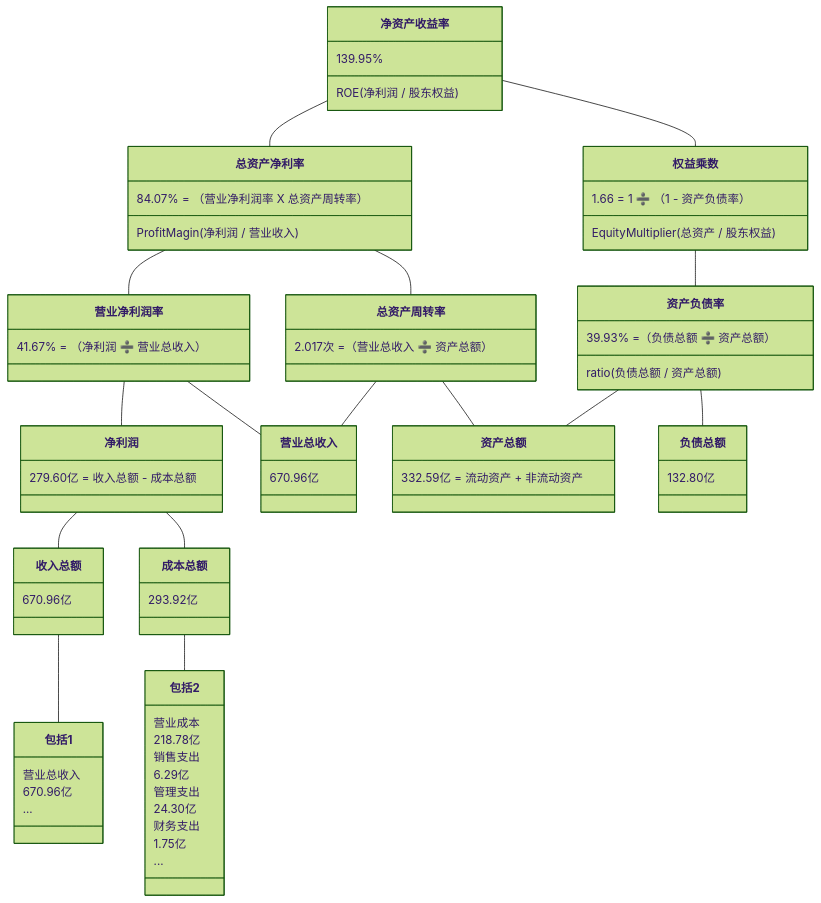
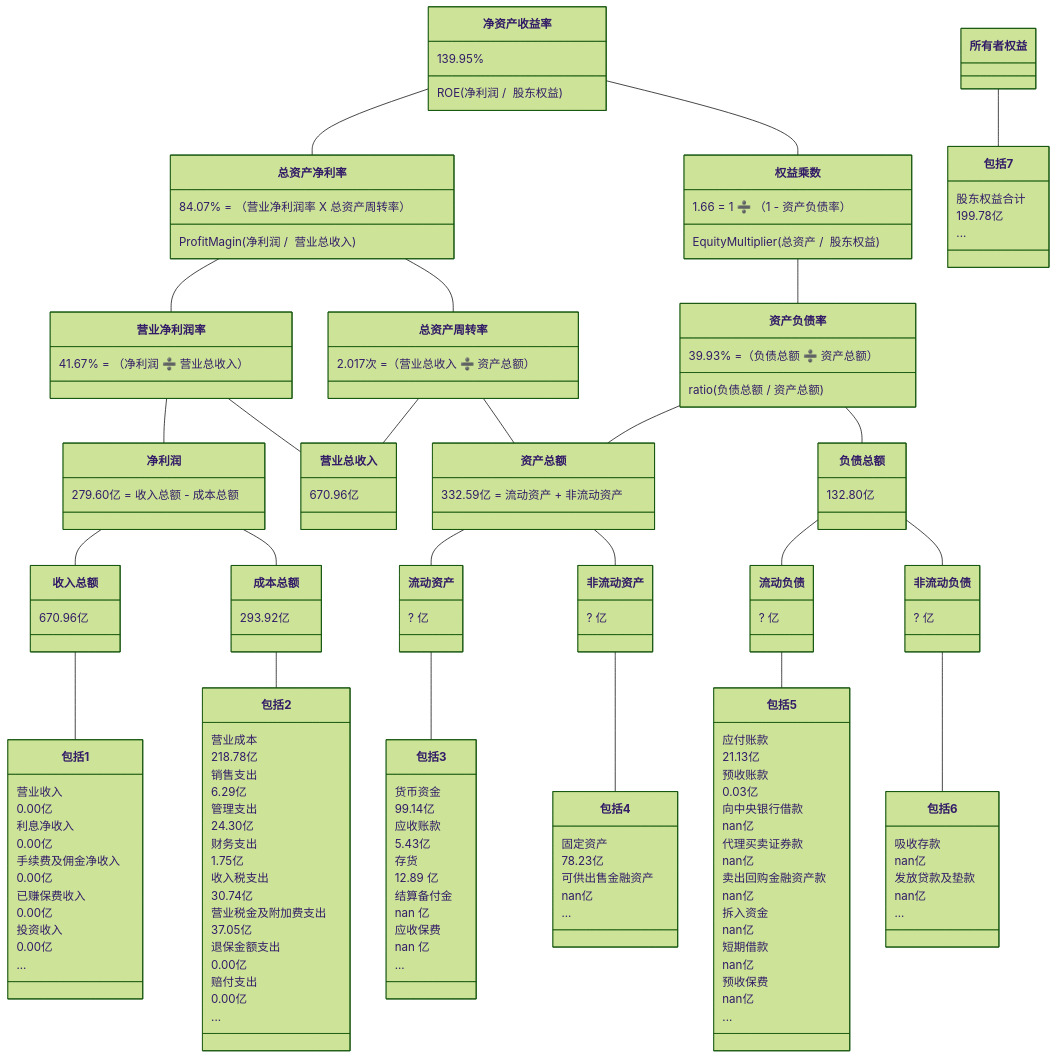
One commit to TheVeryDarkness/cs410 changed the fifth of 10 diagrams in 2/2.md. Above: the diagram before and after it, drawn with Mermaid (forest theme). The commit also changed other lines of this file and 101 other files, not shown here.

````diff
--- a/2/2.md
+++ b/2/2.md
@@ -224,51 +500,121 @@
 ```mermaid
 classDiagram
 净资产收益率 -- 总资产净利率
-	净资产收益率 : 139.95%
-	净资产收益率 : ROE(净利润 /  股东权益)
-	总资产净利率 : 84.07% = （营业净利润率 X 总资产周转率）
-	总资产净利率 : ProfitMagin(净利润 /  营业收入)
+    净资产收益率 : 139.95%
+    净资产收益率 : ROE(净利润 /  股东权益)
+    总资产净利率 : 84.07% = （营业净利润率 X 总资产周转率）
+    总资产净利率 : ProfitMagin(净利润 /  营业总收入)
 净资产收益率 -- 权益乘数
-	权益乘数 : 1.66 = 1 ➗ （1 - 资产负债率）
-	权益乘数 : EquityMultiplier(总资产 /  股东权益)
-	
+    权益乘数 : 1.66 = 1 ➗ （1 - 资产负债率）
+    权益乘数 : EquityMultiplier(总资产 /  股东权益)
+    
 总资产净利率 -- 营业净利润率
-	营业净利润率 : 41.67% = （净利润 ➗ 营业总收入）
+    营业净利润率 : 41.67% = （净利润 ➗ 营业总收入）
 总资产净利率 -- 总资产周转率
-	总资产周转率 : 2.017次 =（营业总收入 ➗ 资产总额）
+    总资产周转率 : 2.017次 =（营业总收入 ➗ 资产总额）
 权益乘数 -- 资产负债率
-	资产负债率  : 39.93% =（负债总额 ➗ 资产总额）
-	资产负债率  : ratio(负债总额 / 资产总额)
+    资产负债率  : 39.93% =（负债总额 ➗ 资产总额）
+    资产负债率  : ratio(负债总额 / 资产总额)
 
 营业净利润率 -- 净利润
-	净利润 : 279.60亿 = 收入总额 - 成本总额
+    净利润 : 279.60亿 = 收入总额 - 成本总额
 营业净利润率 -- 营业总收入
-	营业总收入 : 670.96亿
+    营业总收入 : 670.96亿
 总资产周转率 -- 营业总收入
 总资产周转率 -- 资产总额
-	资产总额 : 332.59亿 = 流动资产 + 非流动资产
+    资产总额 : 332.59亿 = 流动资产 + 非流动资产
 资产负债率 -- 　负债总额
-	负债总额 : 132.80亿
+    负债总额 : 132.80亿
 资产负债率 -- 　资产总额
 
 
 净利润 -- 收入总额
-	收入总额 : 670.96亿
+    收入总额 : 670.96亿
 净利润 -- 成本总额
-	成本总额 : 293.92亿
+    成本总额 : 293.92亿
+资产总额 -- 流动资产
+	流动资产 : ? 亿
+资产总额 -- 非流动资产
+	非流动资产 : ? 亿
+负债总额 -- 流动负债
+	流动负债 : ? 亿
+负债总额 -- 非流动负债
+	非流动负债 : ? 亿
 
 收入总额 -- 包括1
-	包括1 : 营业总收入
-	包括1 : 670.96亿
-	包括1 : ...
+    包括1 : 营业收入
+    包括1 : 0.00亿
+    包括1 : 利息净收入
+    包括1 : 0.00亿
+    包括1 : 手续费及佣金净收入
+    包括1 : 0.00亿
+    包括1 : 已赚保费收入
+    包括1 : 0.00亿
+    包括1 : 投资收入
+    包括1 : 0.00亿
+    包括1 : ...
 成本总额 -- 包括2
-	包括2 : 营业成本
-	包括2 : 218.78亿
-	包括2 : 销售支出
-	包括2 : 6.29亿
-	包括2 : 管理支出
-	包括2 : 24.30亿
-	包括2 : 财务支出
-	包括2 : 1.75亿
-	包括2 : ...
+    包括2 : 营业成本
+    包括2 : 218.78亿
+    包括2 : 销售支出
+    包括2 : 6.29亿
+    包括2 : 管理支出
+    包括2 : 24.30亿
+    包括2 : 财务支出
+    包括2 : 1.75亿
+    包括2 : 收入税支出
+    包括2 : 30.74亿
+    包括2 : 营业税金及附加费支出
+    包括2 : 37.05亿
+    包括2 : 退保金额支出
+    包括2 : 0.00亿
+    包括2 : 赔付支出
+    包括2 : 0.00亿
+    包括2 : ...
+流动资产 -- 包括3
+    包括3 : 货币资金
+    包括3 : 99.14亿
+    包括3 : 应收账款
+    包括3 : 5.43亿
+    包括3 : 存货
+    包括3 : 12.89 亿
+    包括3 : 结算备付金
+    包括3 : nan 亿
+    包括3 : 应收保费
+    包括3 : nan 亿
+    包括3 : ...
+非流动资产 -- 包括4
+    包括4 : 固定资产
+    包括4 : 78.23亿
+    包括4 : 可供出售金融资产
+    包括4 : nan亿
+    包括4 : ...
+流动负债 -- 包括5
+    包括5 : 应付账款
+    包括5 : 21.13亿
+    包括5 : 预收账款
+    包括5 : 0.03亿
+    包括5 : 向中央银行借款
+    包括5 : nan亿
+    包括5 : 代理买卖证券款
+    包括5 : nan亿
+    包括5 : 卖出回购金融资产款
+    包括5 : nan亿
+    包括5 : 拆入资金
+    包括5 : nan亿
+    包括5 : 短期借款
+    包括5 : nan亿
+    包括5 : 预收保费
+    包括5 : nan亿
+    包括5 : ...
+非流动负债 -- 包括6
+    包括6 : 吸收存款
+    包括6 : nan亿
+    包括6 : 发放贷款及垫款
+    包括6 : nan亿
+    包括6 : ...
+所有者权益 -- 包括7
+    包括7 : 股东权益合计
+    包括7 : 199.78亿
+    包括7 : ...
 ```
````
